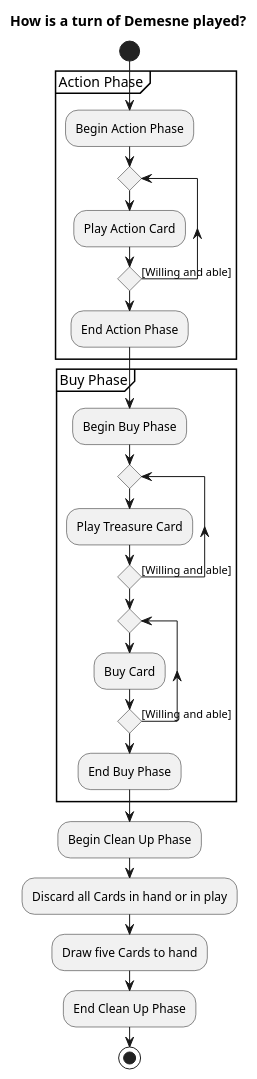
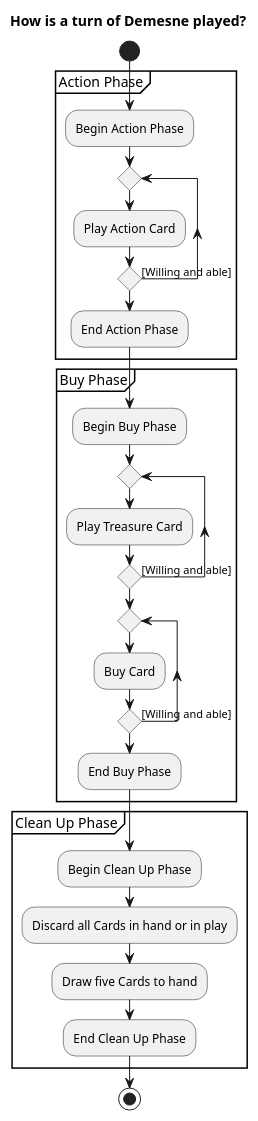
Before and after one commit to qwwqe/demesne: the diagram in diagrams/turn-activity.puml, drawn with PlantUML. The commit also changed 1 other file, not shown here.

Commit message:
Wrap Clean Up Phase in partition

```diff
--- a/diagrams/turn-activity.puml
+++ b/diagrams/turn-activity.puml
@@ -1,40 +1,42 @@
 @startuml
 title How is a turn of Demesne played?
 
 start
 
 partition Action Phase {
   :Begin Action Phase;
 
   repeat
     :Play Action Card;
   repeat while () is ([Willing and able])
 
   :End Action Phase;
 }
 
 partition Buy Phase {
   :Begin Buy Phase;
 
   repeat
     :Play Treasure Card;
   repeat while () is ([Willing and able])
 
   repeat
     :Buy Card;
   repeat while () is ([Willing and able])
 
   :End Buy Phase;
 }
 
-:Begin Clean Up Phase;
+partition Clean Up Phase {
+  :Begin Clean Up Phase;
 
-:Discard all Cards in hand or in play;
+  :Discard all Cards in hand or in play;
 
-:Draw five Cards to hand;
+  :Draw five Cards to hand;
 
-:End Clean Up Phase;
+  :End Clean Up Phase;
+}
 
 stop
 
 @enduml
```
